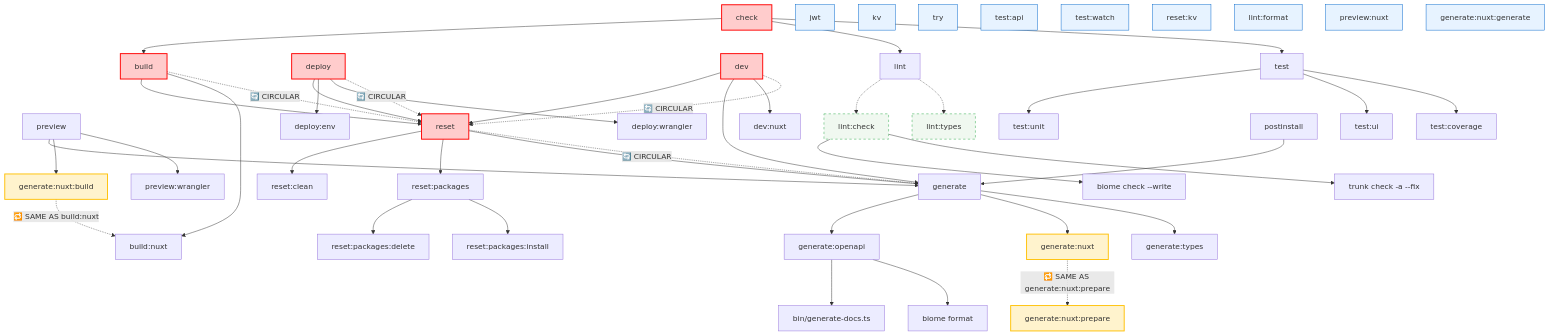
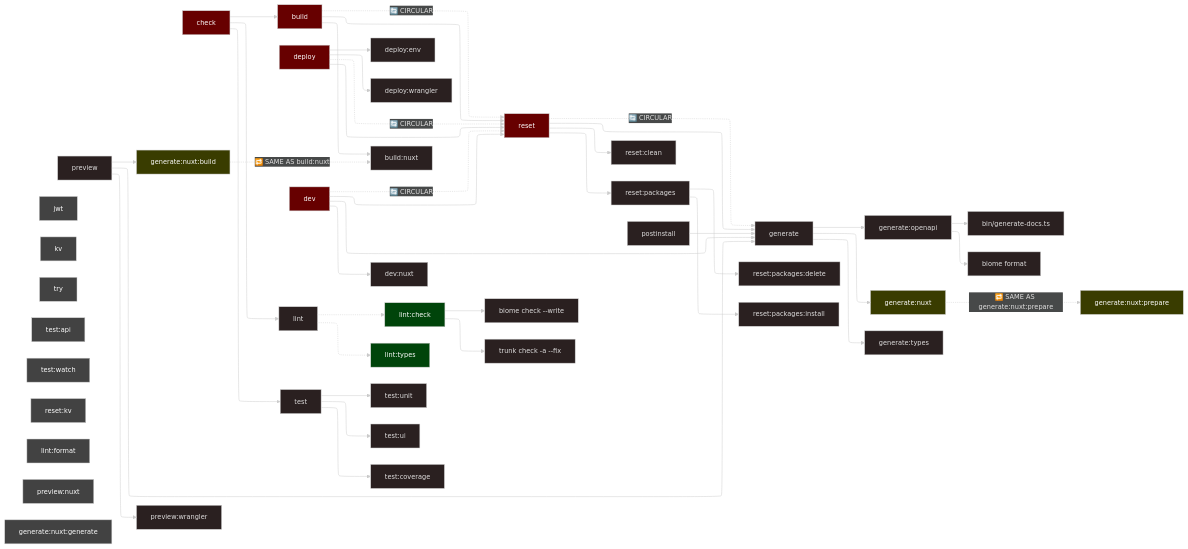
One commit to daveio/dave-io changed the diagram in SCRIPTS.md. Above: the diagram before and after it, drawn with Mermaid. The commit also changed 1 other file, not shown here.

Commit message:
🎨 Update Mermaid diagram with dark theme and improved layout
Updated the script dependency graph in SCRIPTS.md to use a dark theme and
improved layout. Created a separate SCRIPTS.mmd file to store the raw Mermaid
diagram code. The changes enhance readability with better color contrast and
a more efficient layout using the ELK layout engine.

````diff
--- a/SCRIPTS.md
+++ b/SCRIPTS.md
@@ -7,100 +7,107 @@
 ```mermaid
-graph TD
-    %% Main entry points
-    build["build"]
-    check["check"]
-    deploy["deploy"]
-    dev["dev"]
-    preview["preview"]
+---
+config:
+   theme: neo-dark
+   layout: elk
+id: 5f730ef0-86d7-4b9e-a609-ce6d29d48851
+---
 
-    %% Build chain
-    build --> reset
-    build --> buildNuxt["build:nuxt"]
+graph LR
+   %% Main entry points
+   build["build"]
+   check["check"]
+   deploy["deploy"]
+   dev["dev"]
+   preview["preview"]
 
-    %% Check chain
-    check --> build
-    check --> lint
-    check --> test
+   %% Build chain
+   build --> reset
+   build --> buildNuxt["build:nuxt"]
 
-    %% Deploy chain
-    deploy --> reset
-    deploy --> deployEnv["deploy:env"]
-    deploy --> deployWrangler["deploy:wrangler"]
+   %% Check chain
+   check --> build
+   check --> lint
+   check --> test
 
-    %% Dev chain
-    dev --> reset
-    dev --> generate
-    dev --> devNuxt["dev:nuxt"]
+   %% Deploy chain
+   deploy --> reset
+   deploy --> deployEnv["deploy:env"]
+   deploy --> deployWrangler["deploy:wrangler"]
 
-    %% Preview chain
-    preview --> generate
-    preview --> generateNuxtBuild["generate:nuxt:build"]
-    preview --> previewWrangler["preview:wrangler"]
+   %% Dev chain
+   dev --> reset
+   dev --> generate
+   dev --> devNuxt["dev:nuxt"]
 
-    %% Reset chain (CIRCULAR!)
-    reset --> resetClean["reset:clean"]
-    reset --> resetPackages["reset:packages"]
-    reset --> generate
+   %% Preview chain
+   preview --> generate
+   preview --> generateNuxtBuild["generate:nuxt:build"]
+   preview --> previewWrangler["preview:wrangler"]
 
-    %% Reset packages subchain
-    resetPackages --> resetPackagesDelete["reset:packages:delete"]
-    resetPackages --> resetPackagesInstall["reset:packages:install"]
+   %% Reset chain (CIRCULAR!)
+   reset --> resetClean["reset:clean"]
+   reset --> resetPackages["reset:packages"]
+   reset --> generate
 
-    %% Generate chain
-    generate --> generateOpenapi["generate:openapi"]
-    generate --> generateNuxt["generate:nuxt"]
-    generate --> generateTypes["generate:types"]
+   %% Reset packages subchain
+   resetPackages --> resetPackagesDelete["reset:packages:delete"]
+   resetPackages --> resetPackagesInstall["reset:packages:install"]
 
-    %% Generate openapi subchain
-    generateOpenapi --> binGenerateDocs["bin/generate-docs.ts"]
-    generateOpenapi --> biomeFmt["biome format"]
+   %% Generate chain
+   generate --> generateOpenapi["generate:openapi"]
+   generate --> generateNuxt["generate:nuxt"]
+   generate --> generateTypes["generate:types"]
 
-    %% Lint chain (parallel)
-    lint -.-> lintCheck["lint:check"]
-    lint -.-> lintTypes["lint:types"]
+   %% Generate openapi subchain
+   generateOpenapi --> binGenerateDocs["bin/generate-docs.ts"]
+   generateOpenapi --> biomeFmt["biome format"]
 
-    %% Lint check subchain
-    lintCheck --> biomeCheck["biome check --write"]
-    lintCheck --> trunkCheck["trunk check -a --fix"]
+   %% Lint chain (parallel)
+   lint -.-> lintCheck["lint:check"]
+   lint -.-> lintTypes["lint:types"]
 
-    %% Test chain (sequential)
-    test --> testUnit["test:unit"]
-    test --> testUI["test:ui"]
-    test --> testCoverage["test:coverage"]
+   %% Lint check subchain
+   lintCheck --> biomeCheck["biome check --write"]
+   lintCheck --> trunkCheck["trunk check -a --fix"]
 
-    %% Standalone utilities
-    jwt["jwt"]
-    kv["kv"]
-    try["try"]
-    testAPI["test:api"]
-    testWatch["test:watch"]
-    resetKV["reset:kv"]
-    lintFormat["lint:format"]
-    previewNuxt["preview:nuxt"]
-    generateNuxtGenerate["generate:nuxt:generate"]
-    generateNuxtPrepare["generate:nuxt:prepare"]
+   %% Test chain (sequential)
+   test --> testUnit["test:unit"]
+   test --> testUI["test:ui"]
+   test --> testCoverage["test:coverage"]
 
-    %% Postinstall hook
-    postinstall["postinstall"] --> generate
+   %% Standalone utilities
+   jwt["jwt"]
+   kv["kv"]
+   try["try"]
+   testAPI["test:api"]
+   testWatch["test:watch"]
+   resetKV["reset:kv"]
+   lintFormat["lint:format"]
+   previewNuxt["preview:nuxt"]
+   generateNuxtGenerate["generate:nuxt:generate"]
+   generateNuxtPrepare["generate:nuxt:prepare"]
 
-    %% CIRCULAR DEPENDENCY HIGHLIGHTING
-    build -.->|"🔄 CIRCULAR"| reset
-    dev -.->|"🔄 CIRCULAR"| reset
-    deploy -.->|"🔄 CIRCULAR"| reset
-    reset -.->|"🔄 CIRCULAR"| generate
+   %% Postinstall hook
+   postinstall["postinstall"] --> generate
 
-    %% REDUNDANCY HIGHLIGHTING
-    generateNuxtBuild -.->|"🔁 SAME AS build:nuxt"| buildNuxt
-    generateNuxt -.->|"🔁 SAME AS generate:nuxt:prepare"| generateNuxtPrepare
+   %% CIRCULAR DEPENDENCY HIGHLIGHTING
+   build -.->|"🔄 CIRCULAR"| reset
+   dev -.->|"🔄 CIRCULAR"| reset
+   deploy -.->|"🔄 CIRCULAR"| reset
+   reset -.->|"🔄 CIRCULAR"| generate
 
-    %% Style classes
-    classDef circular fill:#ffcccc,stroke:#ff0000,stroke-width:2px
-    classDef redundant fill:#fff3cd,stroke:#ffc107,stroke-width:2px
-    classDef standalone fill:#e7f3ff,stroke:#0066cc,stroke-width:1px
-    classDef parallel fill:#f0f8f0,stroke:#28a745,stroke-width:1px,stroke-dasharray: 5 5
+   %% REDUNDANCY HIGHLIGHTING
+   generateNuxtBuild -.->|"🔁 SAME AS build:nuxt"| buildNuxt
+   generateNuxt -.->|"🔁 SAME AS generate:nuxt:prepare"| generateNuxtPrepare
 
-    class build,check,dev,deploy,reset circular
-    class generateNuxtBuild,generateNuxt,generateNuxtPrepare redundant
-    class jwt,kv,try,testAPI,testWatch,resetKV,lintFormat,previewNuxt,generateNuxtGenerate standalone
-    class lintCheck,lintTypes parallel
+   %% Style classes
+   classDef standalone fill:#424242, color:#FFFFFF
+   classDef circular fill:#670000, color:#FFFFFF
+   classDef redundant fill:#393c00, color:#FFFFFF
+   classDef parallel fill:#00440a, color:#FFFFFF
+
+   class build,check,dev,deploy,reset circular
+   class generateNuxtBuild,generateNuxt,generateNuxtPrepare redundant
+   class jwt,kv,try,testAPI,testWatch,resetKV,lintFormat,previewNuxt,generateNuxtGenerate standalone
+   class lintCheck,lintTypes parallel
 ```
````
